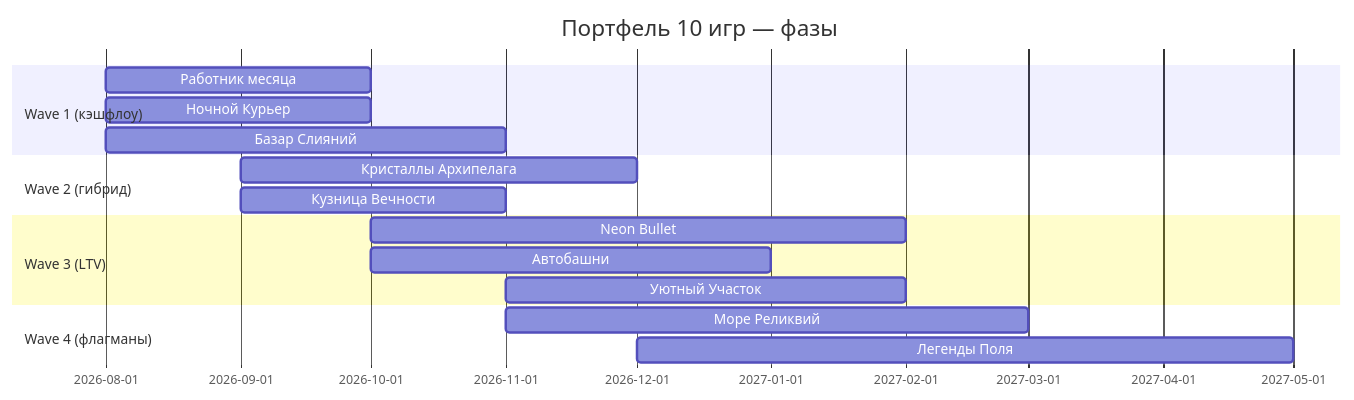
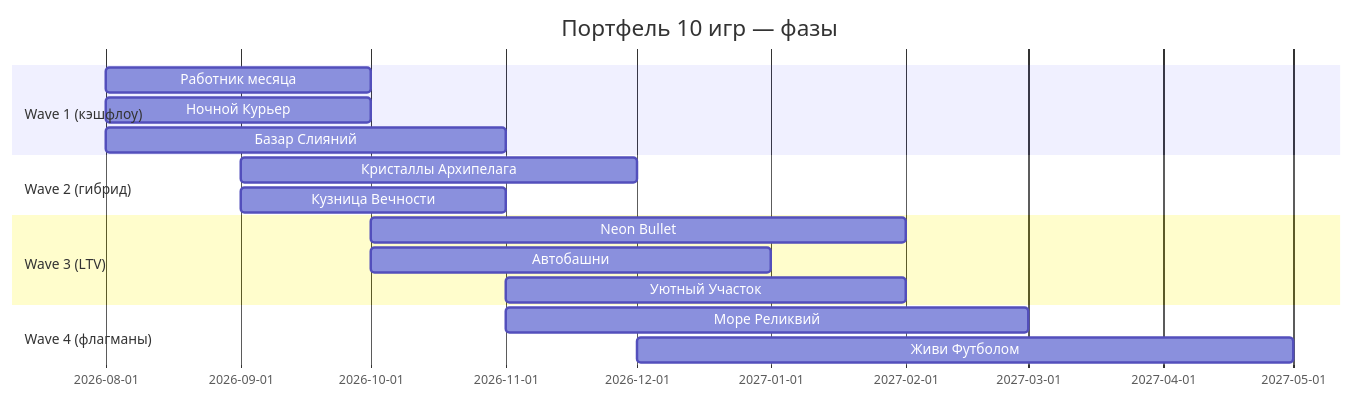
The diagram in docs/00-market-analysis-and-portfolio.md (WalkWeezer/yandex-games-portfolio), drawn with Mermaid before and after one commit. The commit also changed other lines of this file and 25 other files, not shown here.

First line of the commit message:
Replace Legends of the Pitch with Soccer Life (Живи Футболом)

````diff
--- a/docs/00-market-analysis-and-portfolio.md
+++ b/docs/00-market-analysis-and-portfolio.md
@@ -142,19 +144,19 @@
 ```mermaid
 gantt
     title Портфель 10 игр — фазы
     dateFormat  YYYY-MM
     section Wave 1 (кэшфлоу)
     Работник месяца           :2026-08, 2M
     Ночной Курьер     :2026-08, 2M
     Базар Слияний     :2026-08, 3M
     section Wave 2 (гибрид)
     Кристаллы Архипелага :2026-09, 3M
     Кузница Вечности     :2026-09, 2M
     section Wave 3 (LTV)
     Neon Bullet          :2026-10, 4M
     Автобашни            :2026-10, 3M
     Уютный Участок       :2026-11, 3M
     section Wave 4 (флагманы)
     Море Реликвий        :2026-11, 4M
-    Легенды Поля         :2026-12, 5M
+    Живи Футболом        :2026-12, 5M
 ```
````
